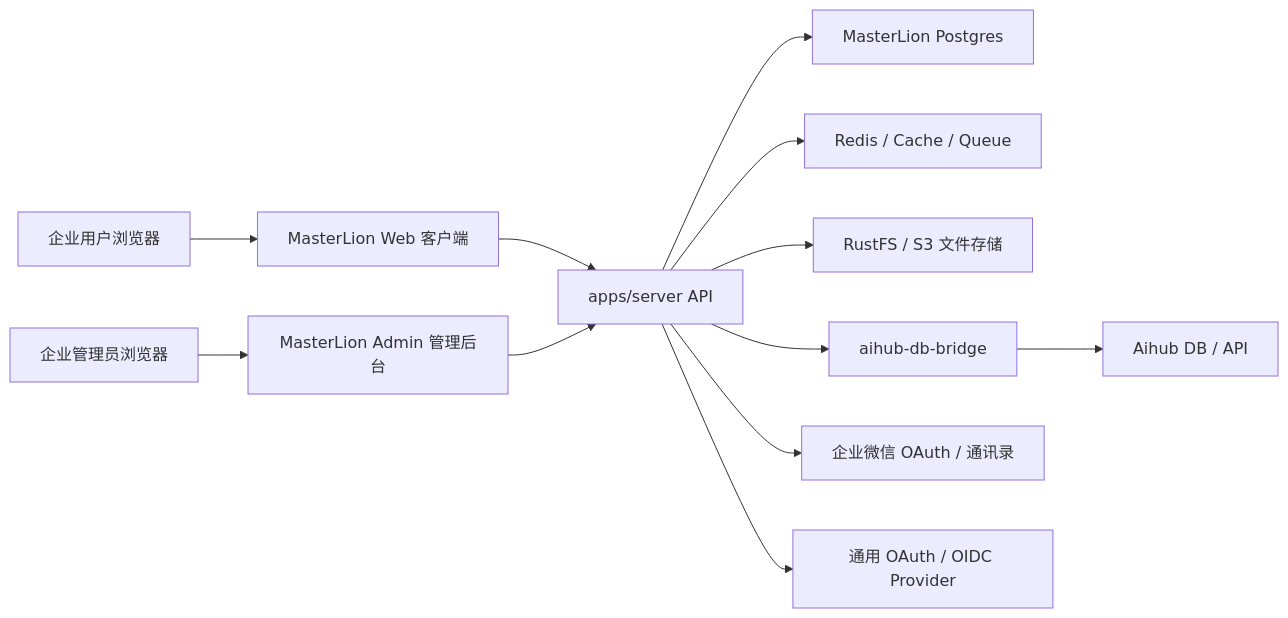
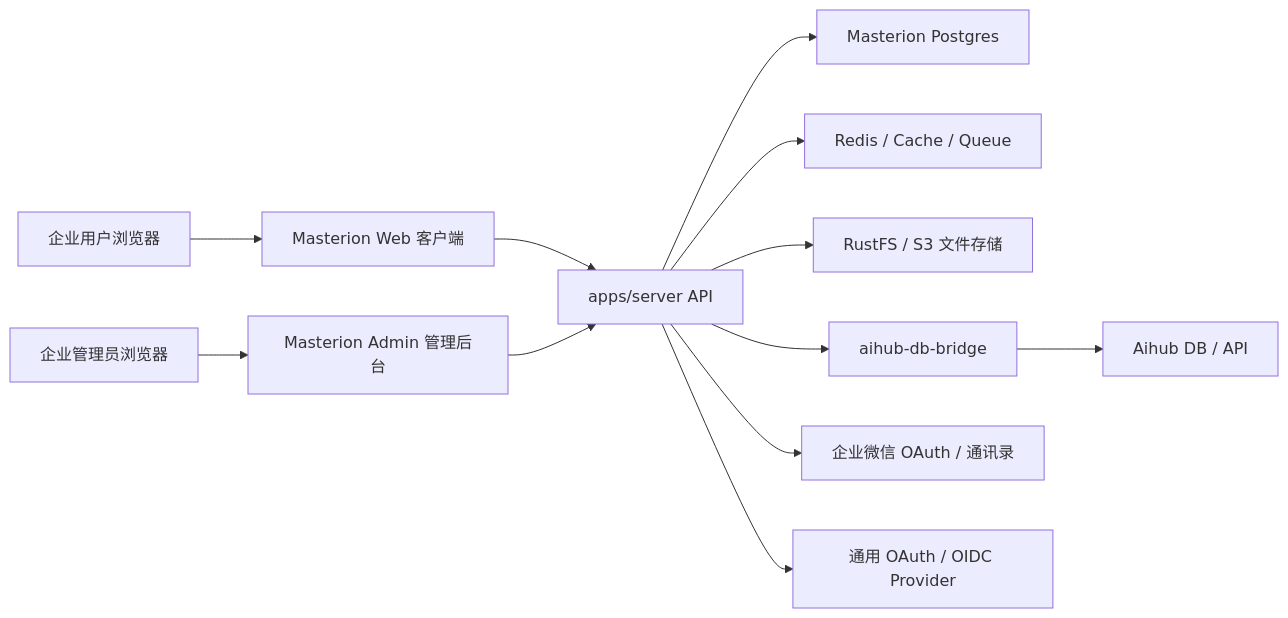
Before and after one commit to chaaak6/Masterino: the first of 2 diagrams in docs/handoff/masterlion-enterprise-architecture-plan-20260620.md, drawn with Mermaid. The commit also changed other lines of this file and 1064 other files, not shown here.

````diff
--- a/docs/handoff/masterlion-enterprise-architecture-plan-20260620.md
+++ b/docs/handoff/masterlion-enterprise-architecture-plan-20260620.md
@@ -40,14 +40,14 @@
 ```mermaid
 flowchart LR
-  User["企业用户浏览器"] --> Web["MasterLion Web 客户端"]
-  AdminUser["企业管理员浏览器"] --> Admin["MasterLion Admin 管理后台"]
+  User["企业用户浏览器"] --> Web["Masterion Web 客户端"]
+  AdminUser["企业管理员浏览器"] --> Admin["Masterion Admin 管理后台"]
   Web --> API["apps/server API"]
   Admin --> API
-  API --> PG["MasterLion Postgres"]
+  API --> PG["Masterion Postgres"]
   API --> Redis["Redis / Cache / Queue"]
   API --> RustFS["RustFS / S3 文件存储"]
   API --> Bridge["aihub-db-bridge"]
   Bridge --> Aihub["Aihub DB / API"]
   API --> WeCom["企业微信 OAuth / 通讯录"]
   API --> OAuth["通用 OAuth / OIDC Provider"]
 ```
````
